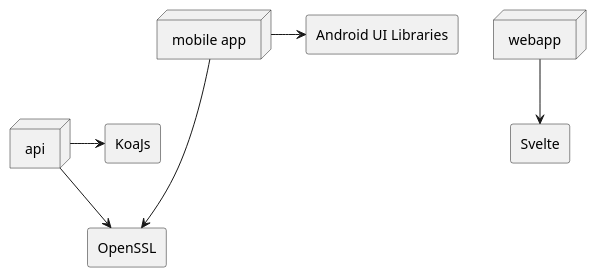
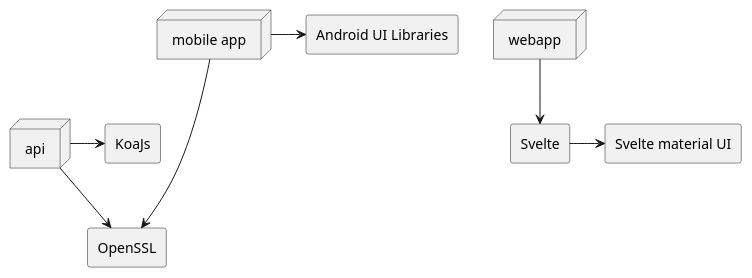
Before and after one commit to SelSolvID/docs: the diagram in diagrams/package.puml, drawn with PlantUML. The commit also changed 1 other file, not shown here.

Commit message:
Add svelte material ui

```diff
--- a/diagrams/package.puml
+++ b/diagrams/package.puml
@@ -1,16 +1,18 @@
 @startuml package diagram
 node api
 node webapp
 node "mobile app" as ma
 
 rectangle KoaJs
 rectangle OpenSSL
 rectangle "Android UI Libraries" as aul
 rectangle Svelte
+rectangle "Svelte material UI" as smui
 
 api -> KoaJs
 api --> OpenSSL
 webapp --> Svelte
 ma ---> OpenSSL
 ma -> aul
+Svelte -> smui
 @enduml
```
